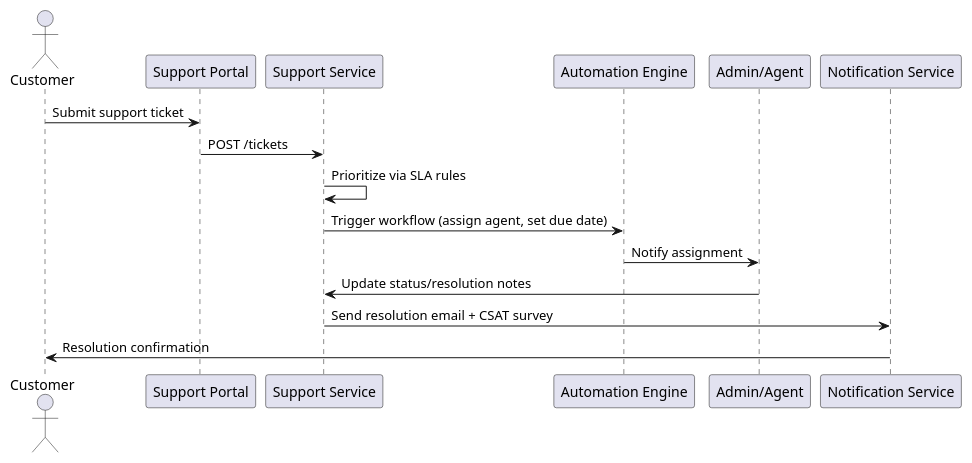
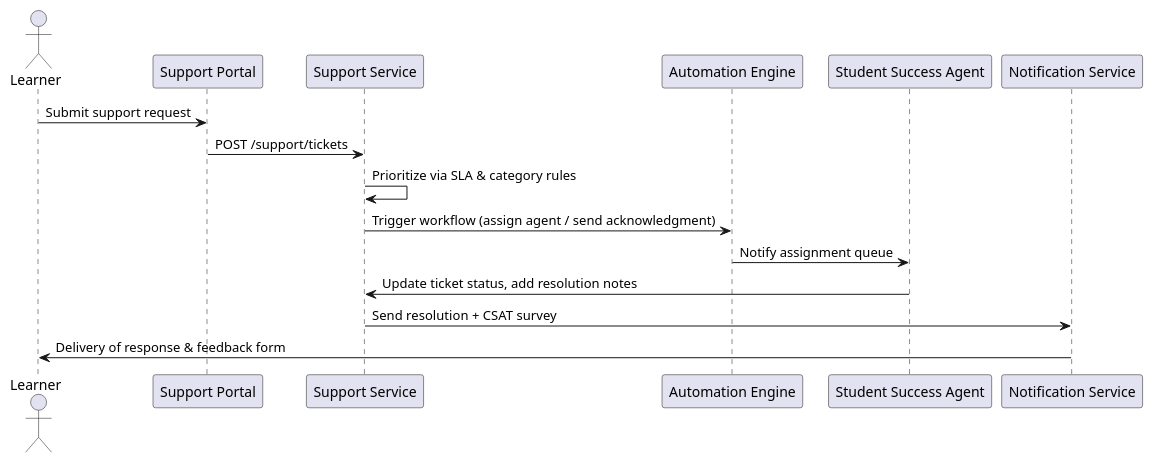
One commit to tuananh582/demoPT changed the fifth of 5 diagrams in docs/05-LLD/SequenceDiagrams.md. Above: the diagram before and after it, drawn with PlantUML. The commit also changed other lines of this file and 52 other files, not shown here.

````diff
--- a/docs/05-LLD/SequenceDiagrams.md
+++ b/docs/05-LLD/SequenceDiagrams.md
@@ -99,19 +109,19 @@
 ```plantuml
 @startuml
-actor Customer
+actor Learner
 participant "Support Portal" as PORTAL
 participant "Support Service" as SUP
 participant "Automation Engine" as AUTO
-participant "Admin/Agent" as AGENT
+participant "Student Success Agent" as AGENT
 participant "Notification Service" as NOTIF
 
-Customer -> PORTAL: Submit support ticket
-PORTAL -> SUP: POST /tickets
-SUP -> SUP: Prioritize via SLA rules
-SUP -> AUTO: Trigger workflow (assign agent, set due date)
-AUTO -> AGENT: Notify assignment
-AGENT -> SUP: Update status/resolution notes
-SUP -> NOTIF: Send resolution email + CSAT survey
-NOTIF -> Customer: Resolution confirmation
+Learner -> PORTAL: Submit support request
+PORTAL -> SUP: POST /support/tickets
+SUP -> SUP: Prioritize via SLA & category rules
+SUP -> AUTO: Trigger workflow (assign agent / send acknowledgment)
+AUTO -> AGENT: Notify assignment queue
+AGENT -> SUP: Update ticket status, add resolution notes
+SUP -> NOTIF: Send resolution + CSAT survey
+NOTIF -> Learner: Delivery of response & feedback form
 @enduml
 ```
````
